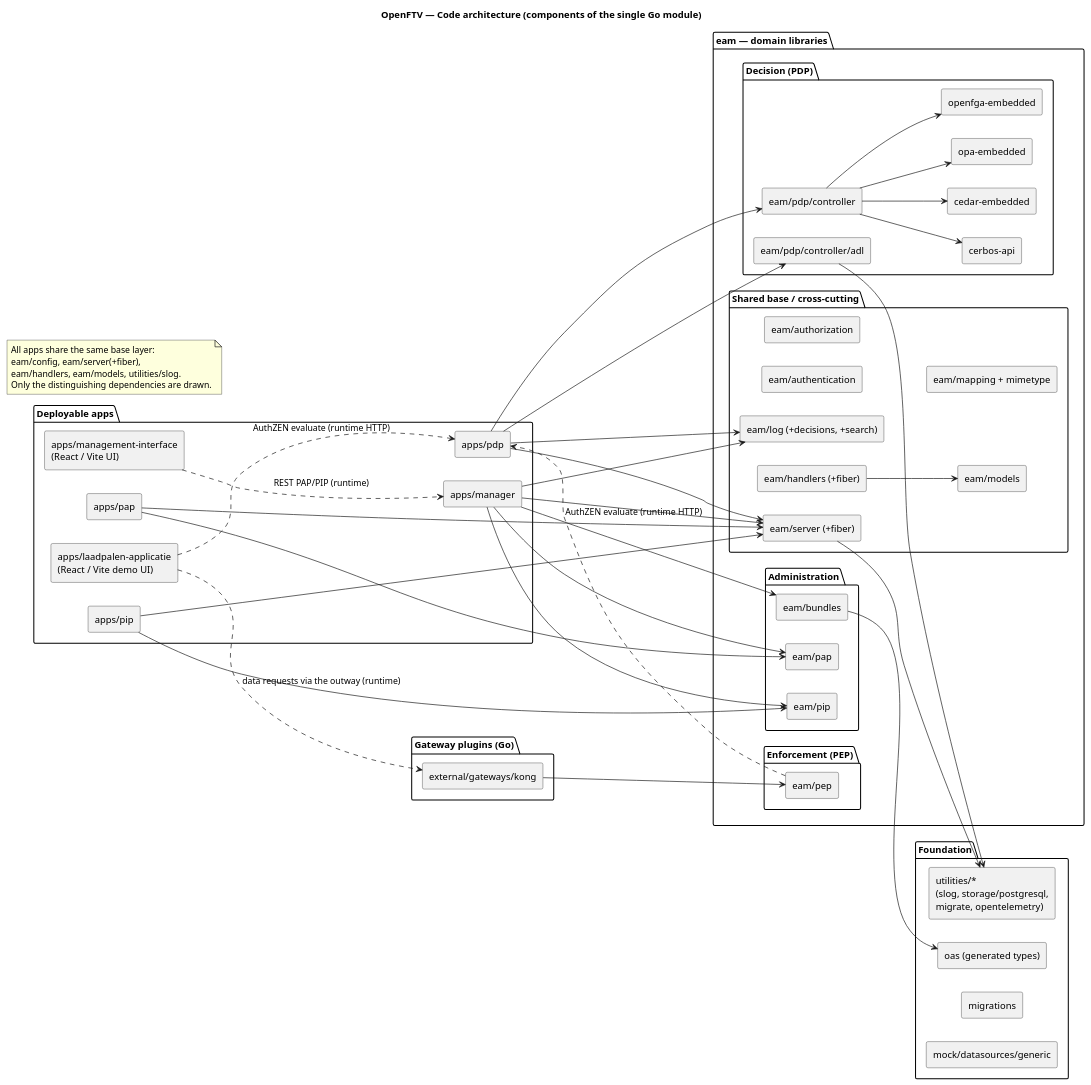
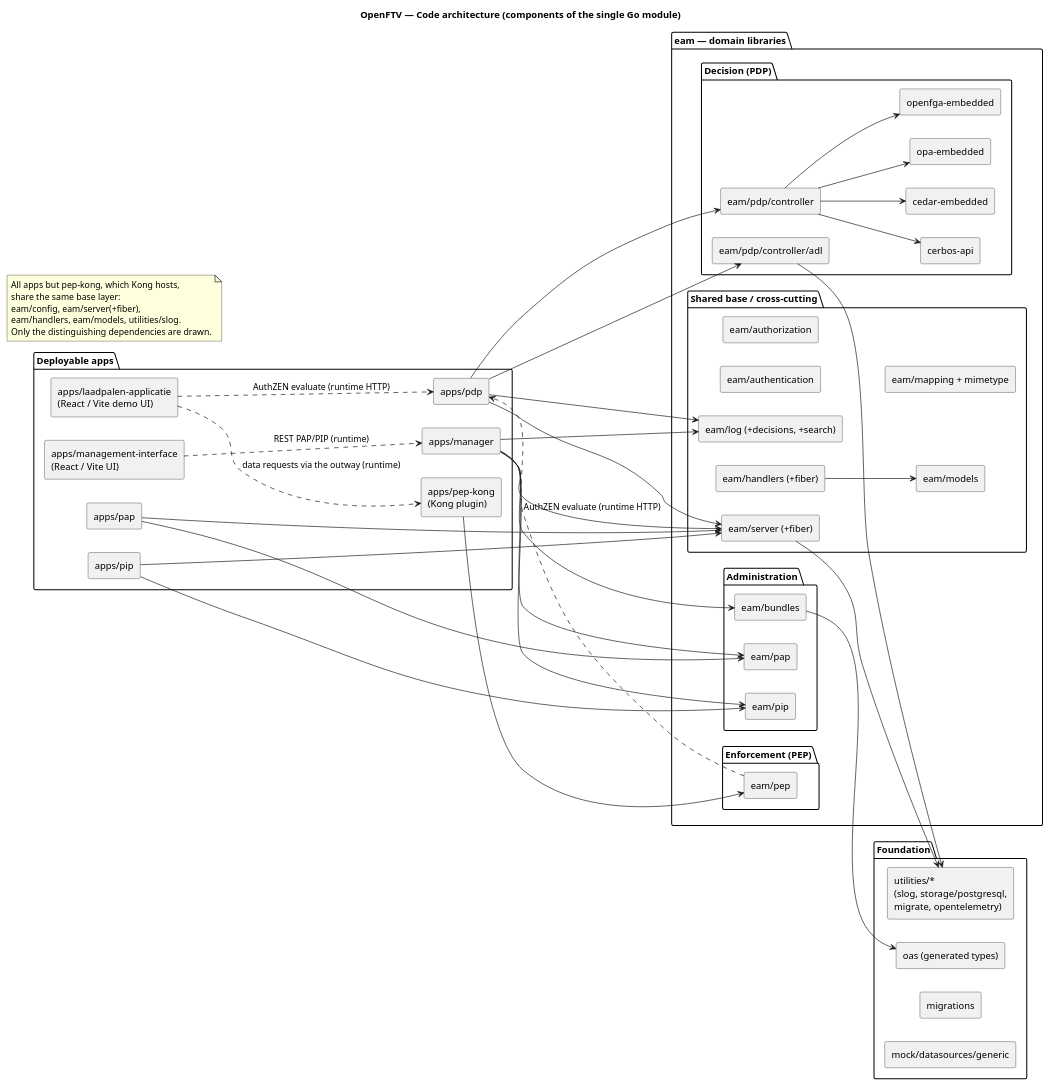
One commit to nielserkamp-ritense/open-ftv changed the diagram in docs/architecture/code.puml. Above: the diagram before and after it, drawn with PlantUML. The commit also changed 18 other files, not shown here.

First line of the commit message:
refactor: move the Kong plugin to apps/pep-kong

```diff
--- a/docs/architecture/code.puml
+++ b/docs/architecture/code.puml
@@ -1,95 +1,93 @@
 @startuml openftv-code
 title OpenFTV — Code architecture (components of the single Go module)
 
 skinparam componentStyle rectangle
 left to right direction
 
 package "Deployable apps" {
   component "apps/manager" as MGR
   component "apps/pdp" as PDP
   component "apps/pap" as PAP
   component "apps/pip" as PIP
   component "apps/management-interface\n(React / Vite UI)" as MI
   component "apps/laadpalen-applicatie\n(React / Vite demo UI)" as LP
-}
-
-package "Gateway plugins (Go)" {
-  component "external/gateways/kong" as KONG
+  component "apps/pep-kong\n(Kong plugin)" as KONG
 }
 
 package "eam — domain libraries" {
   package "Enforcement (PEP)" {
     component "eam/pep" as PEP
   }
   package "Decision (PDP)" {
     component "eam/pdp/controller" as CTRL
     component "eam/pdp/controller/adl" as CADL
     component "cedar-embedded" as CEDAR
     component "opa-embedded" as OPA
     component "openfga-embedded" as FGA
     component "cerbos-api" as CERBOS
   }
   package "Administration" {
     component "eam/pap" as EPAP
     component "eam/pip" as EPIP
     component "eam/bundles" as BUND
   }
   package "Shared base / cross-cutting" {
     component "eam/server (+fiber)" as SRV
     component "eam/handlers (+fiber)" as HND
     component "eam/authentication" as AUTHN
     component "eam/authorization" as AUTHZ
     component "eam/models" as MOD
     component "eam/log (+decisions, +search)" as LOG
     component "eam/mapping + mimetype" as MAP
   }
 }
 
 package "Foundation" {
   component "utilities/*\n(slog, storage/postgresql,\nmigrate, opentelemetry)" as UT
   component "oas (generated types)" as OAS
   component "migrations" as MIG
   component "mock/datasources/generic" as MOCK
 }
 
 ' ---- distinguishing app composition ----
 MGR --> EPAP
 MGR --> EPIP
 MGR --> BUND
 MGR --> LOG
 PAP --> EPAP
 PIP --> EPIP
 PDP --> CTRL
 PDP --> CADL
 PDP --> LOG
 
 ' ---- PDP controller delegates to a policy engine ----
 CTRL --> CEDAR
 CTRL --> OPA
 CTRL --> FGA
 CTRL --> CERBOS
 
 ' ---- gateways enforce via PEP, then call the PDP over HTTP ----
 KONG  --> PEP
 PEP  ..> PDP : AuthZEN evaluate (runtime HTTP)
 MI   ..> MGR : REST PAP/PIP (runtime)
 LP   ..> PDP : AuthZEN evaluate (runtime HTTP)
 LP   ..> KONG : data requests via the outway (runtime)
 
 ' ---- shared base + foundation ----
 MGR --> SRV
 PDP --> SRV
 PAP --> SRV
 PIP --> SRV
 SRV --> UT
 HND --> MOD
 BUND --> OAS
 CADL --> UT
 
 note as N1
-  All apps share the same base layer:
+  All apps but pep-kong, which Kong hosts,
+  share the same base layer:
   eam/config, eam/server(+fiber),
   eam/handlers, eam/models, utilities/slog.
   Only the distinguishing dependencies are drawn.
 end note
 @enduml
```
